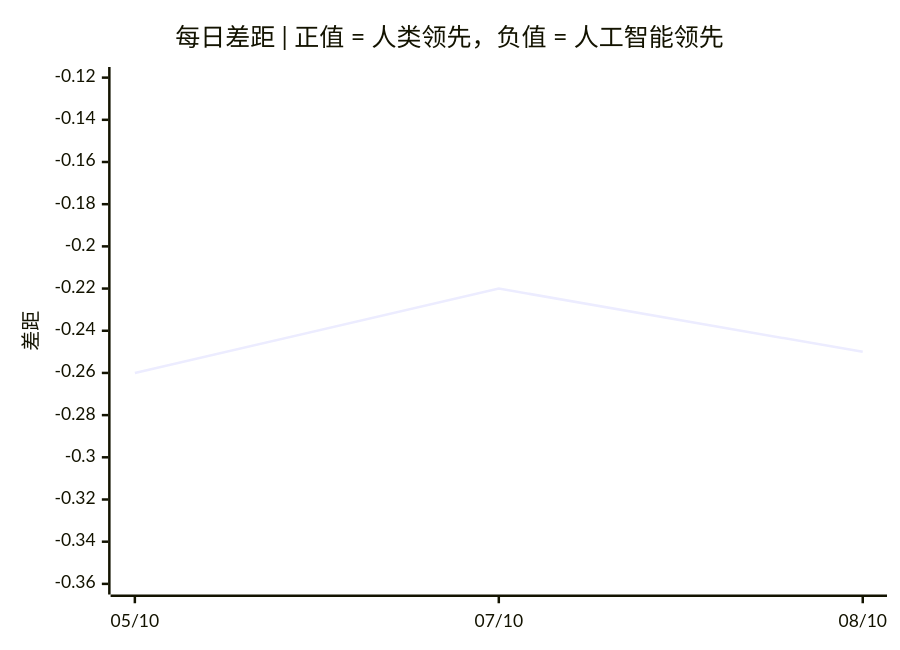
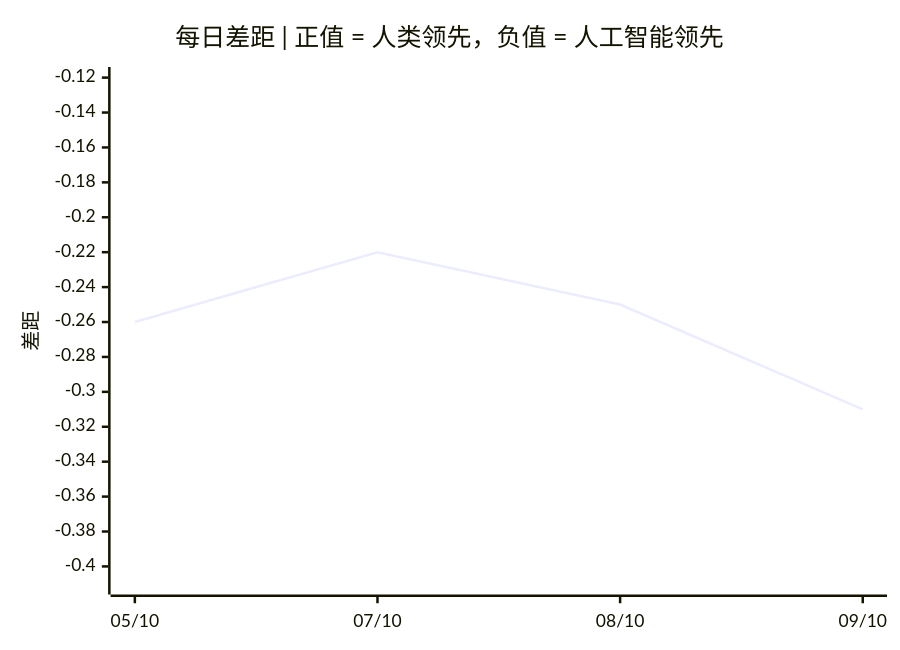
Before and after one commit to VQQLK/Human-AI-Monitor: the third of 3 diagrams in README.zh.md, drawn with Mermaid. The commit also changed other lines of this file and 3 other files, not shown here.

````diff
--- a/README.zh.md
+++ b/README.zh.md
@@ -54,7 +54,7 @@
 ```mermaid
 xychart-beta
     title "每日差距 | 正值 = 人类领先，负值 = 人工智能领先"
-    x-axis ["05/10", "07/10", "08/10"]
-    y-axis "差距" -0.36 --> -0.12
-    line [-0.26, -0.22, -0.25]
+    x-axis ["05/10", "07/10", "08/10", "09/10"]
+    y-axis "差距" -0.41 --> -0.12
+    line [-0.26, -0.22, -0.25, -0.31]
 ```
````
